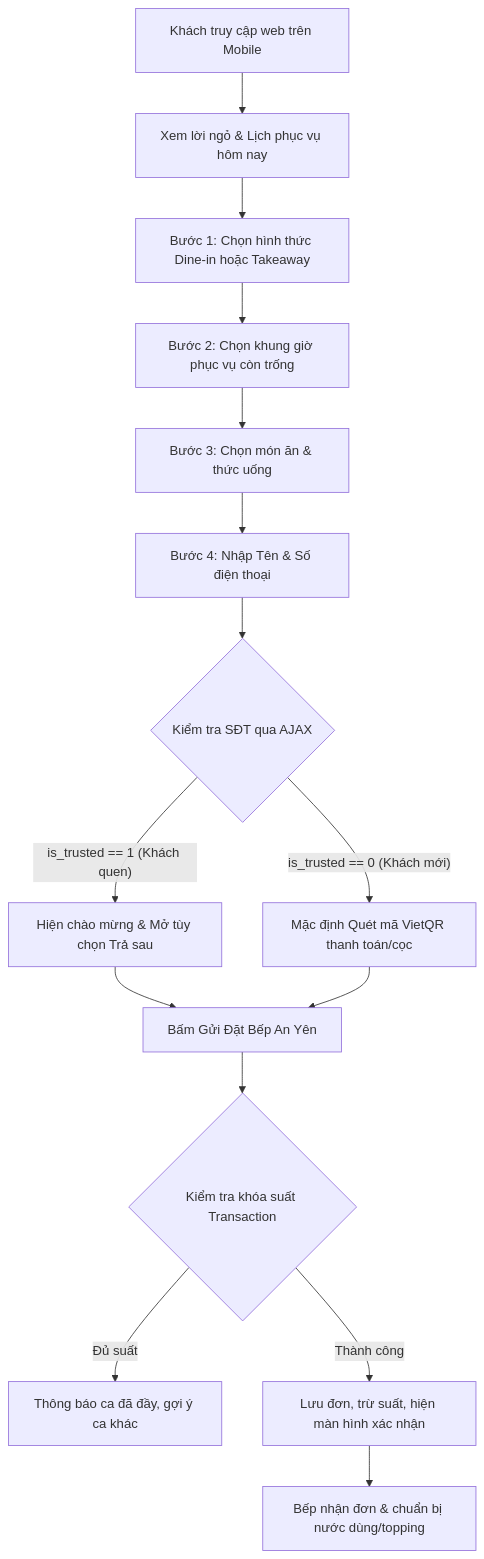
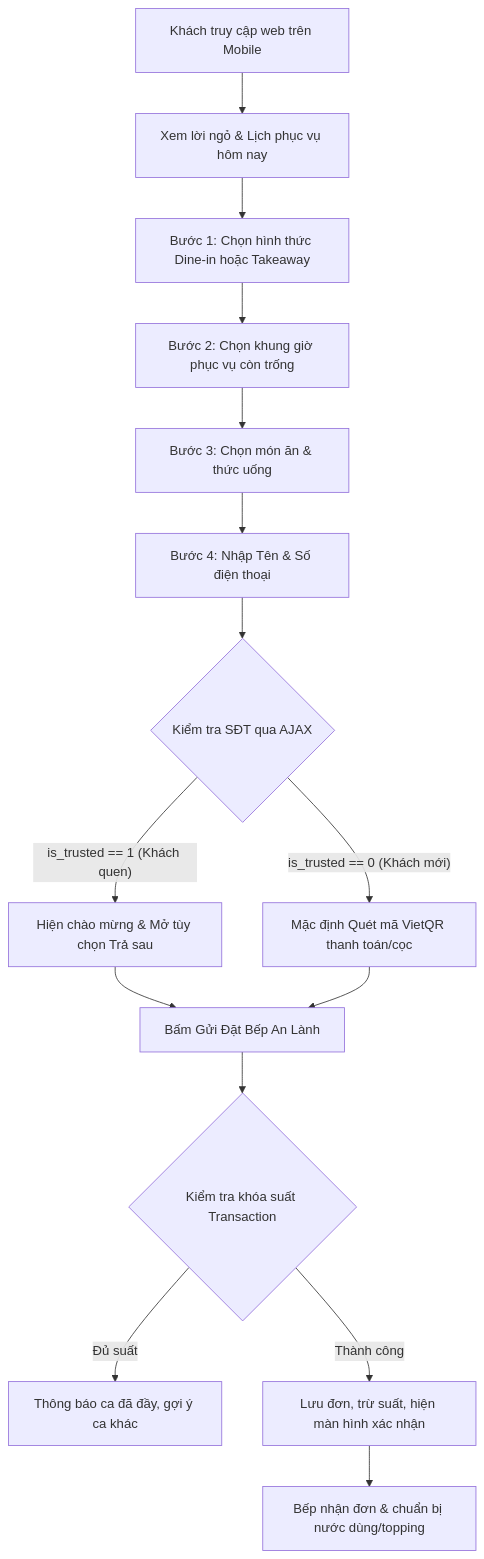
One commit to quantum-bluesky/veganfoodshop changed the diagram in docs/BUSINESS_FLOW.md. Above: the diagram before and after it, drawn with Mermaid. The commit also changed other lines of this file and 44 other files, not shown here.

Commit message:
Thay Tên: Bếp Chay An Yên -> Bếp Chay An Lành Bếp An Yên -> Bếp An Lành

````diff
--- a/docs/BUSINESS_FLOW.md
+++ b/docs/BUSINESS_FLOW.md
@@ -17,17 +17,17 @@
 ```mermaid
 flowchart TD
     A[Khách truy cập web trên Mobile] --> B[Xem lời ngỏ & Lịch phục vụ hôm nay]
     B --> C[Bước 1: Chọn hình thức Dine-in hoặc Takeaway]
     C --> D[Bước 2: Chọn khung giờ phục vụ còn trống]
     D --> E[Bước 3: Chọn món ăn & thức uống]
     E --> F[Bước 4: Nhập Tên & Số điện thoại]
     F --> G{Kiểm tra SĐT qua AJAX}
     G -- "is_trusted == 1 (Khách quen)" --> H[Hiện chào mừng & Mở tùy chọn Trả sau]
     G -- "is_trusted == 0 (Khách mới)" --> I[Mặc định Quét mã VietQR thanh toán/cọc]
-    H --> J[Bấm Gửi Đặt Bếp An Yên]
+    H --> J[Bấm Gửi Đặt Bếp An Lành]
     I --> J
     J --> K{Kiểm tra khóa suất Transaction}
     K -- "Đủ suất" --> L[Thông báo ca đã đầy, gợi ý ca khác]
     K -- "Thành công" --> M[Lưu đơn, trừ suất, hiện màn hình xác nhận]
     M --> N[Bếp nhận đơn & chuẩn bị nước dùng/topping]
 ```
````
